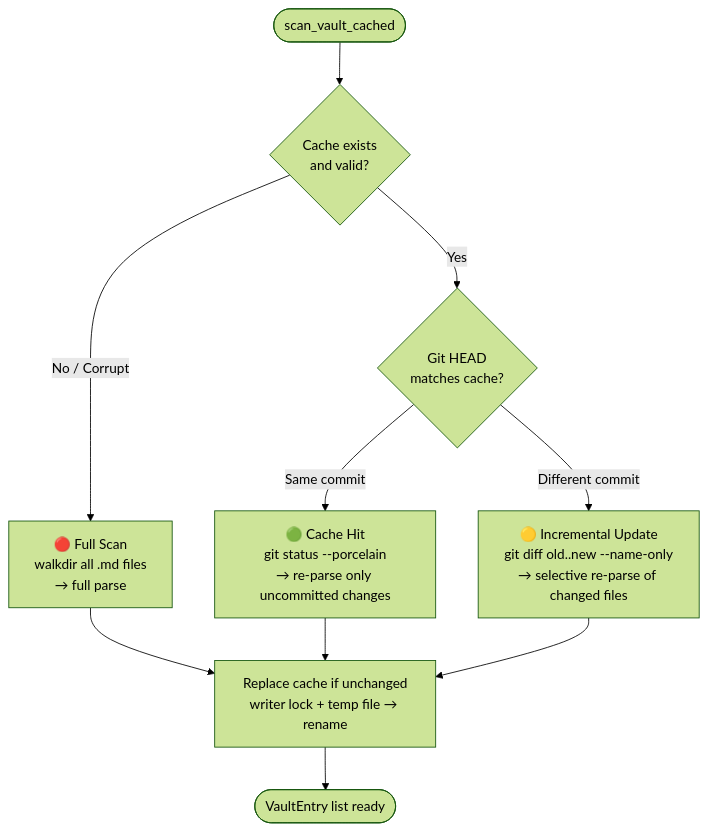
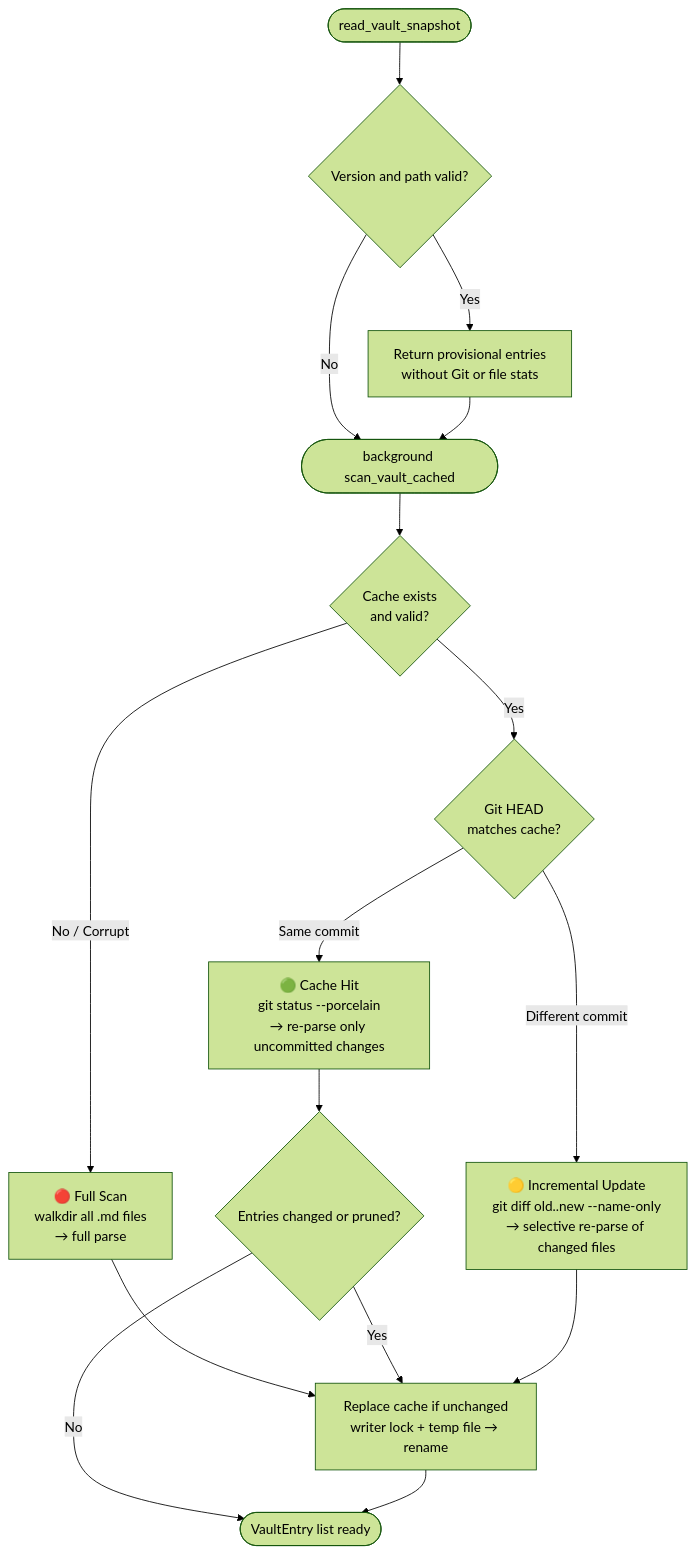
Before and after one commit to aimeritething/Fuwa: the sixth of 10 diagrams in docs/ARCHITECTURE.md, drawn with Mermaid (forest theme). The commit also changed other lines of this file and 26 other files, not shown here.

Commit message:
perf: make warm vault startup snapshot-first

````diff
--- a/docs/ARCHITECTURE.md
+++ b/docs/ARCHITECTURE.md
@@ -512,13 +512,19 @@
 ```mermaid
 flowchart TD
-    A([scan_vault_cached]) --> B{Cache exists\nand valid?}
+    S([read_vault_snapshot]) --> T{Version and path valid?}
+    T -->|Yes| U[Return provisional entries\nwithout Git or file stats]
+    T -->|No| A
+    U --> A([background scan_vault_cached])
+    A --> B{Cache exists\nand valid?}
     B -->|No / Corrupt| C["🔴 Full Scan\nwalkdir all .md files\n→ full parse"]
     B -->|Yes| D{Git HEAD\nmatches cache?}
     D -->|Same commit| E["🟢 Cache Hit\ngit status --porcelain\n→ re-parse only uncommitted changes"]
     D -->|Different commit| F["🟡 Incremental Update\ngit diff old..new --name-only\n→ selective re-parse of changed files"]
 
     C --> G[Replace cache if unchanged\nwriter lock + temp file → rename]
-    E --> G
+    E --> I{Entries changed or pruned?}
+    I -->|No| H
+    I -->|Yes| G
     F --> G
     G --> H([VaultEntry list ready])
 ```
````
